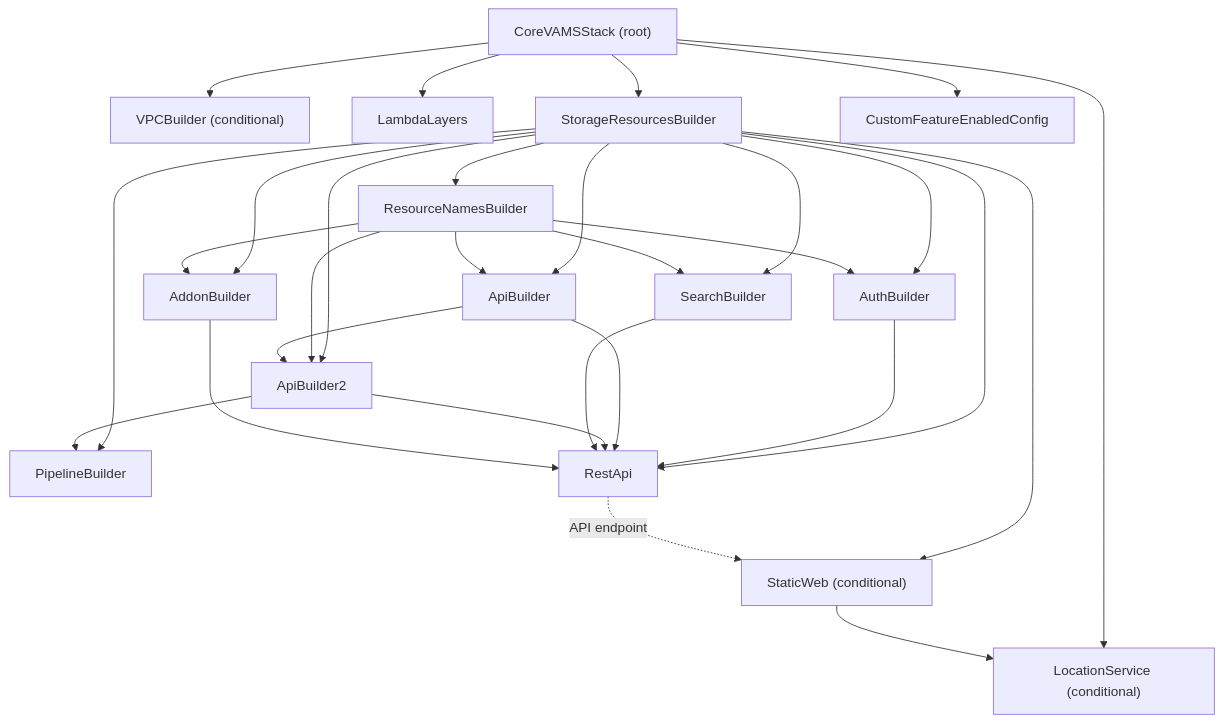
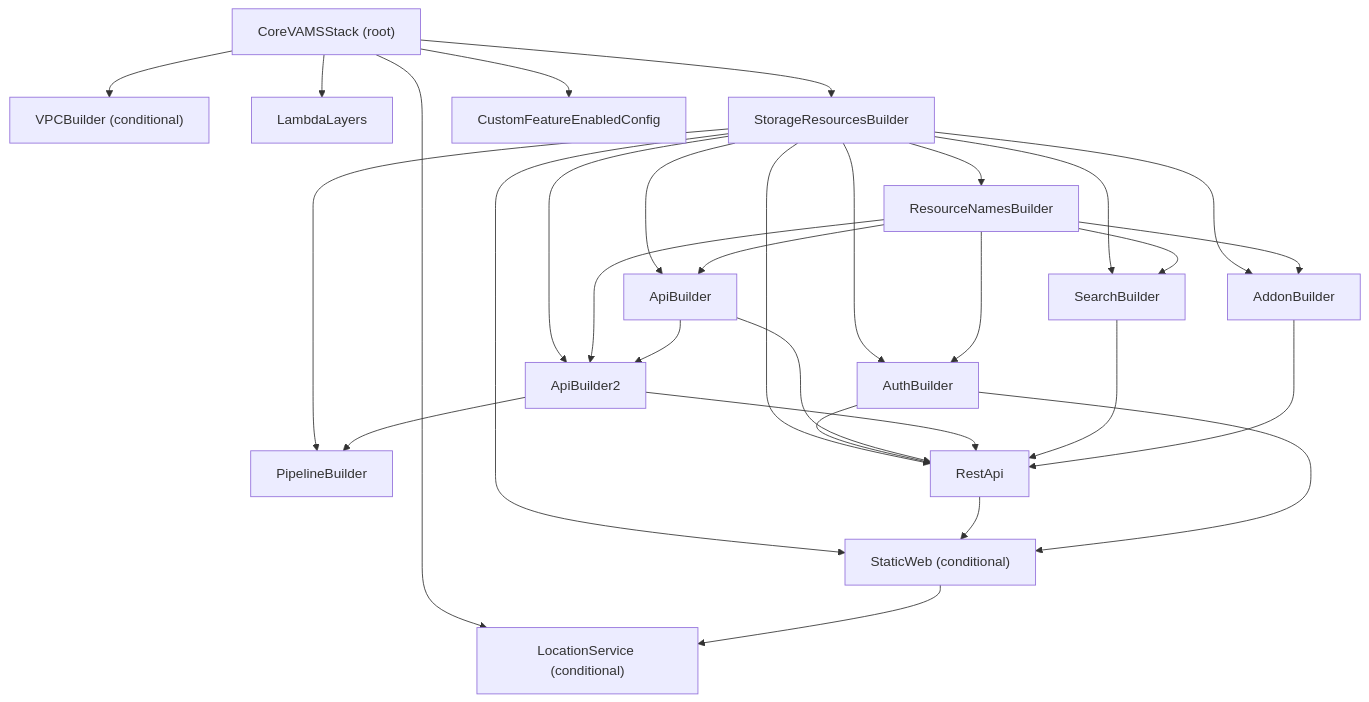
The diagram in documentation/docusaurus-site/docs/developer/cdk.md (awslabs/visual-asset-management-system), drawn with Mermaid before and after one commit. The commit also changed other lines of this file and 6 other files, not shown here.

Commit message:
fix(cdk): declare the static web stack's dependencies on the REST API and auth stacks (#664)

````diff
--- a/documentation/docusaurus-site/docs/developer/cdk.md
+++ b/documentation/docusaurus-site/docs/developer/cdk.md
@@ -24,47 +24,48 @@
 ```mermaid
 graph TD
     Core["CoreVAMSStack (root)"]
     VPC["VPCBuilder (conditional)"]
     Layers["LambdaLayers"]
     Storage["StorageResourcesBuilder"]
     Names["ResourceNamesBuilder"]
     Auth["AuthBuilder"]
     Api["ApiBuilder"]
     Api2["ApiBuilder2"]
     Search["SearchBuilder"]
     Pipeline["PipelineBuilder"]
     Addon["AddonBuilder"]
     Rest["RestApi"]
     Web["StaticWeb (conditional)"]
     Location["LocationService (conditional)"]
     Feature["CustomFeatureEnabledConfig"]
 
     Core --> VPC
     Core --> Layers
     Core --> Storage
     Core --> Location
     Core --> Feature
     Storage --> Names
     Storage --> Auth
     Names --> Auth
     Storage --> Api
     Names --> Api
     Storage --> Api2
     Names --> Api2
     Api --> Api2
     Storage --> Search
     Names --> Search
     Storage --> Pipeline
     Api2 --> Pipeline
     Storage --> Addon
     Names --> Addon
     Storage --> Rest
     Auth --> Rest
     Api --> Rest
     Api2 --> Rest
     Search --> Rest
     Addon --> Rest
     Storage --> Web
-    Rest -.->|API endpoint| Web
+    Rest --> Web
+    Auth --> Web
     Web --> Location
 ```
````
